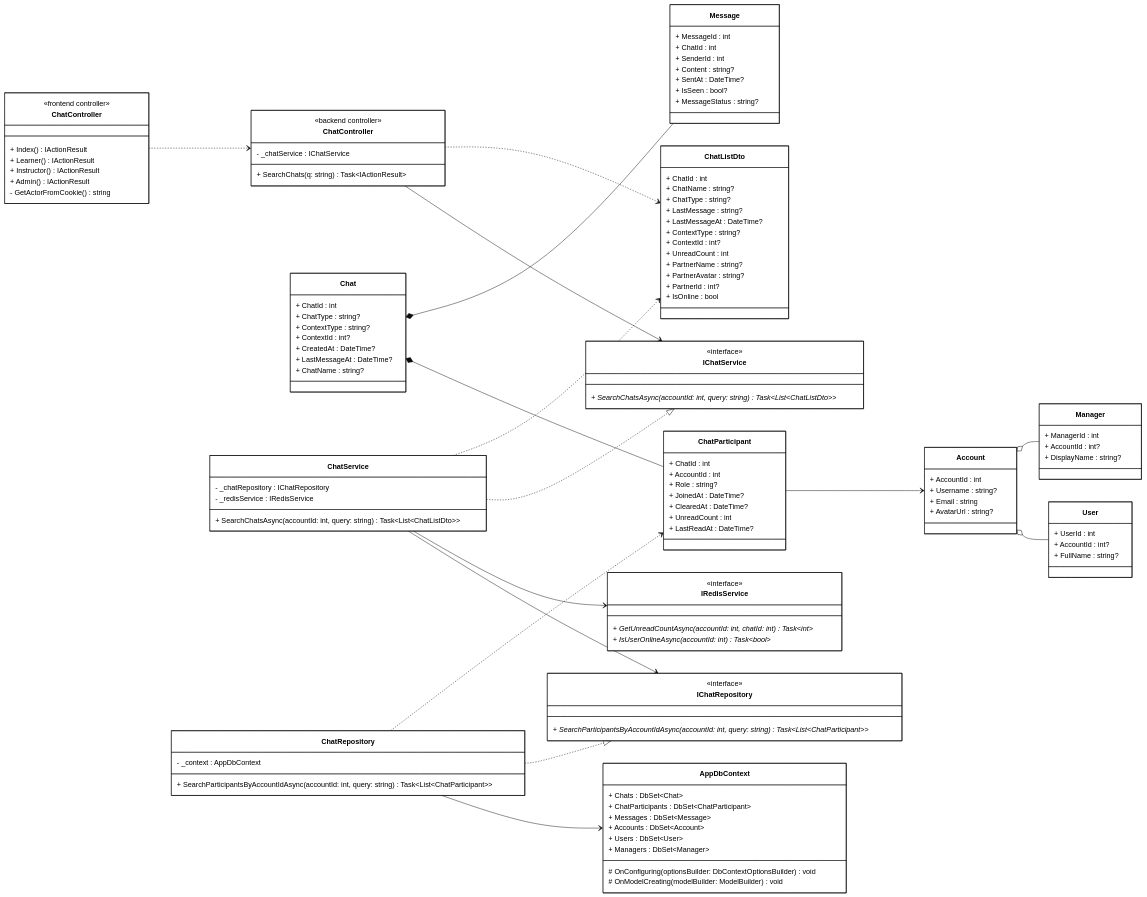
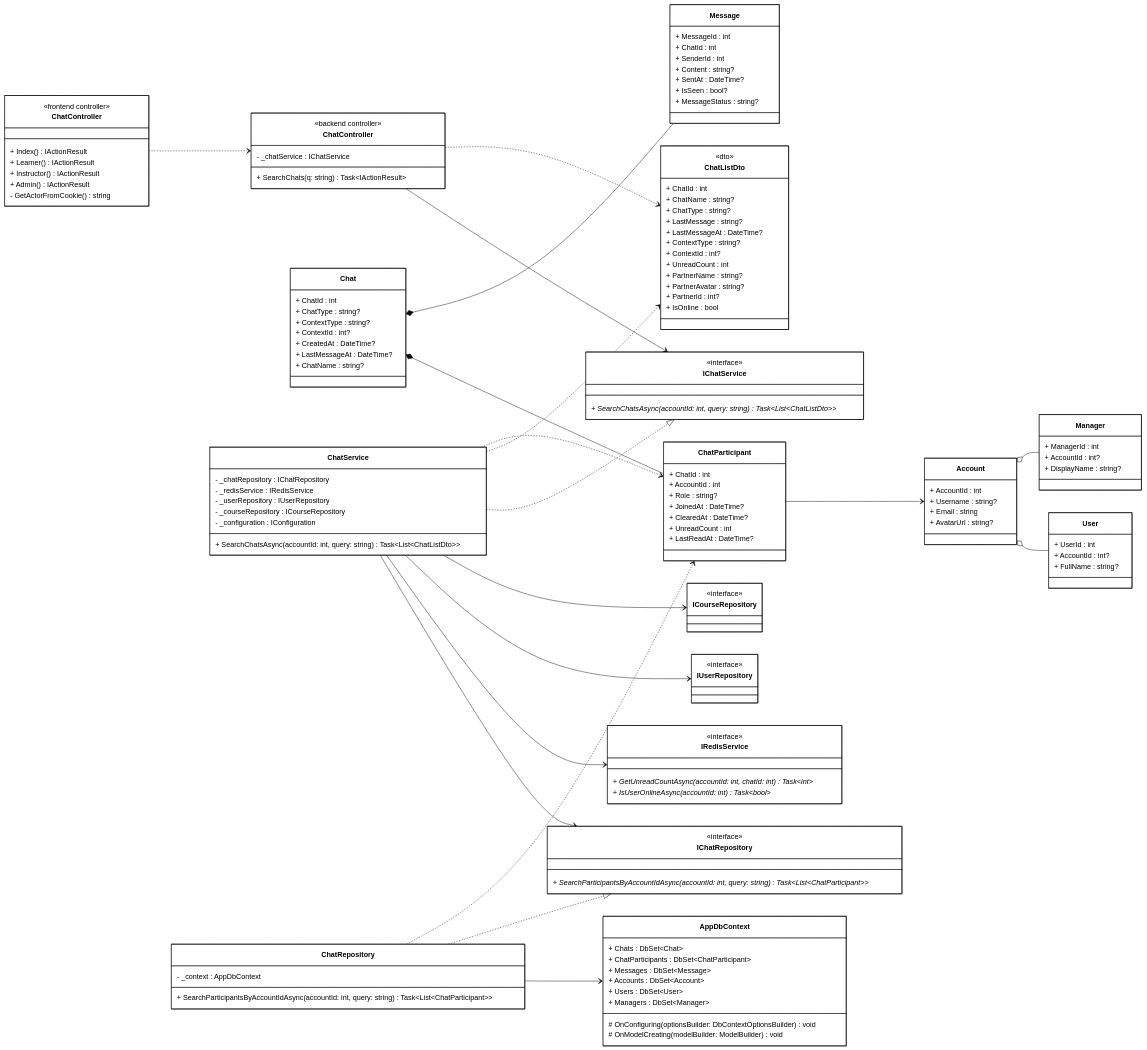
The diagram in diagrams/class_mermaid/chat/cls_mm_search_chat_history.mmd (1000do/Linked), drawn with Mermaid (base theme) before and after one commit. The commit also changed 29 other files, not shown here.

Commit message:
docs: add comprehensive mermaid class diagrams for core system features and update admin layout view

```diff
--- a/diagrams/class_mermaid/chat/cls_mm_search_chat_history.mmd
+++ b/diagrams/class_mermaid/chat/cls_mm_search_chat_history.mmd
@@ -1,166 +1,185 @@
 classDiagram
 direction LR
 
 %% ==================== FRONTEND ====================
 
 class FrontendChatController["ChatController"] {
     <<frontend controller>>
     + Index() IActionResult
     + Learner() IActionResult
     + Instructor() IActionResult
     + Admin() IActionResult
     - GetActorFromCookie() string
 }
 
 %% ==================== BACKEND - CONTROLLER ====================
 
 class BackendChatController["ChatController"] {
     <<backend controller>>
     - _chatService : IChatService
     + SearchChats(q: string) Task~IActionResult~
 }
 
 %% ==================== BACKEND - DTOs ====================
 
 class ChatListDto {
+    <<dto>>
     + ChatId : int
     + ChatName : string?
     + ChatType : string?
     + LastMessage : string?
     + LastMessageAt : DateTime?
     + ContextType : string?
     + ContextId : int?
     + UnreadCount : int
     + PartnerName : string?
     + PartnerAvatar : string?
     + PartnerId : int?
     + IsOnline : bool
 }
 
 %% ==================== BACKEND - DOMAIN ENTITIES ====================
 
 class Chat {
     + ChatId : int
     + ChatType : string?
     + ContextType : string?
     + ContextId : int?
     + CreatedAt : DateTime?
     + LastMessageAt : DateTime?
     + ChatName : string?
 }
 
 class ChatParticipant {
     + ChatId : int
     + AccountId : int
     + Role : string?
     + JoinedAt : DateTime?
     + ClearedAt : DateTime?
     + UnreadCount : int
     + LastReadAt : DateTime?
 }
 
 class Message {
     + MessageId : int
     + ChatId : int
     + SenderId : int
     + Content : string?
     + SentAt : DateTime?
     + IsSeen : bool?
     + MessageStatus : string?
 }
 
 class Account {
     + AccountId : int
     + Username : string?
     + Email : string
     + AvatarUrl : string?
 }
 
 class User {
     + UserId : int
     + AccountId : int?
     + FullName : string?
 }
 
 class Manager {
     + ManagerId : int
     + AccountId : int?
     + DisplayName : string?
 }
 
 %% ==================== BACKEND - SERVICE INTERFACES ====================
 
 class IChatService {
     <<interface>>
     + SearchChatsAsync(accountId: int, query: string) Task~List~ChatListDto~~ *
 }
 
 class IRedisService {
     <<interface>>
     + GetUnreadCountAsync(accountId: int, chatId: int) Task~int~ *
     + IsUserOnlineAsync(accountId: int) Task~bool~ *
 }
 
 class IChatRepository {
     <<interface>>
     + SearchParticipantsByAccountIdAsync(accountId: int, query: string) Task~List~ChatParticipant~~ *
 }
 
+class IUserRepository {
+    <<interface>>
+}
+
+class ICourseRepository {
+    <<interface>>
+}
+
 %% ==================== BACKEND - SERVICE IMPLEMENTATION ====================
 
 class ChatService {
     - _chatRepository : IChatRepository
     - _redisService : IRedisService
+    - _userRepository : IUserRepository
+    - _courseRepository : ICourseRepository
+    - _configuration : IConfiguration
+    
     + SearchChatsAsync(accountId: int, query: string) Task~List~ChatListDto~~
 }
 
 %% ==================== BACKEND - REPOSITORY IMPLEMENTATION ====================
 
 class ChatRepository {
     - _context : AppDbContext
+    
     + SearchParticipantsByAccountIdAsync(accountId: int, query: string) Task~List~ChatParticipant~~
 }
 
 %% ==================== BACKEND - DbContext ====================
 
 class AppDbContext {
     + Chats : DbSet~Chat~
     + ChatParticipants : DbSet~ChatParticipant~
     + Messages : DbSet~Message~
     + Accounts : DbSet~Account~
     + Users : DbSet~User~
     + Managers : DbSet~Manager~
+    
     # OnConfiguring(optionsBuilder: DbContextOptionsBuilder) void
     # OnModelCreating(modelBuilder: ModelBuilder) void
 }
 
 %% ==================== RELATIONSHIPS ====================
 
-%% === COMPOSITION ===
+%% === COMPOSITION (filled diamond) ===
 Chat *-- ChatParticipant
 Chat *-- Message
 
-%% === AGGREGATION ===
+%% === AGGREGATION (hollow diamond) ===
 Account o-- User
 Account o-- Manager
 
-%% === UNIDIRECTIONAL ASSOCIATION ===
+%% === UNIDIRECTIONAL ASSOCIATION (solid arrow) ===
 BackendChatController --> IChatService
 ChatService --> IChatRepository
 ChatService --> IRedisService
+ChatService --> IUserRepository
+ChatService --> ICourseRepository
 ChatRepository --> AppDbContext
+
 ChatParticipant --> Account
 
 %% === INTERFACE REALIZATION ===
 ChatService ..|> IChatService
 ChatRepository ..|> IChatRepository
 
-%% === DEPENDENCY ===
+%% === DEPENDENCY (dashed arrows) ===
 FrontendChatController ..> BackendChatController
 BackendChatController ..> ChatListDto
 ChatService ..> ChatListDto
+ChatService ..> ChatParticipant
 ChatRepository ..> ChatParticipant
 
 %% ==================== STYLES ====================
 
 classDef default fill:#FFFFFF,stroke:#000000,stroke-width:1px,color:#000000
```
